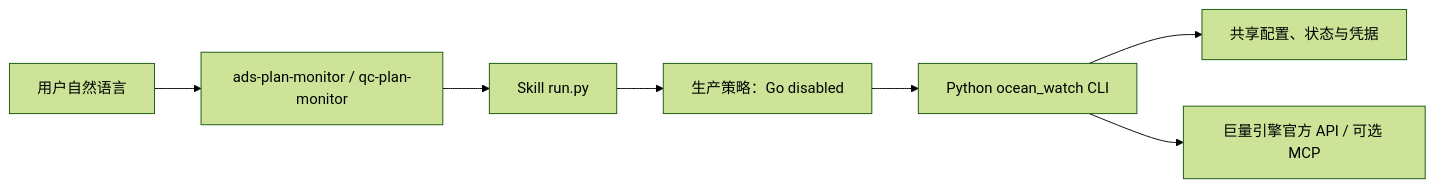
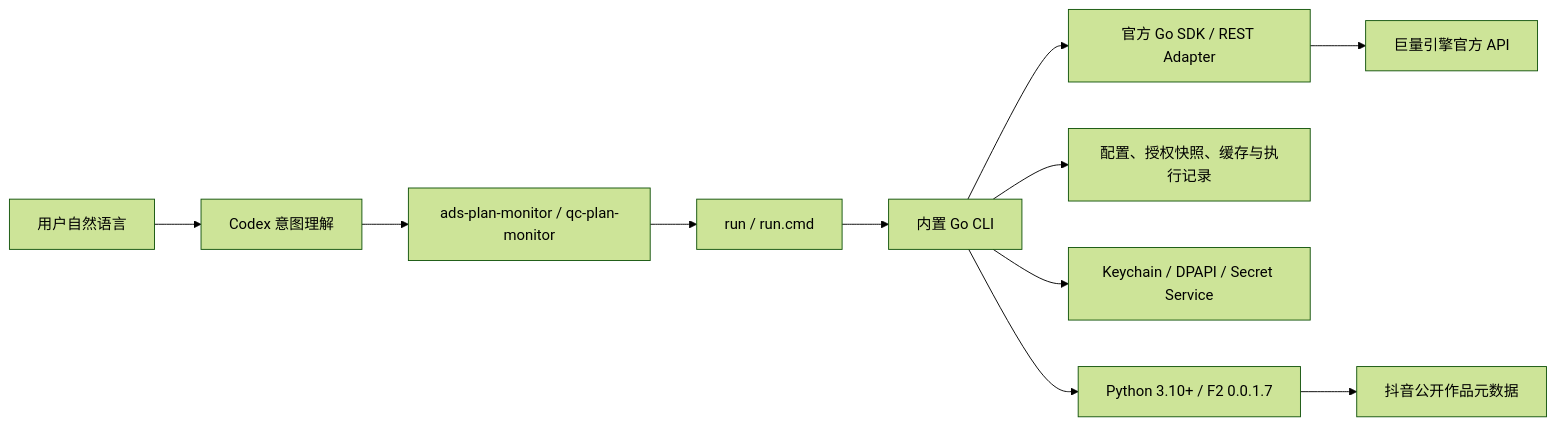
One commit to westng/ocean-watch changed the diagram in docs/architecture.md. Above: the diagram before and after it, drawn with Mermaid (forest theme). The commit also changed other lines of this file and 750 other files, not shown here.

````diff
--- a/docs/architecture.md
+++ b/docs/architecture.md
@@ -36,9 +5,13 @@
 ```mermaid
 flowchart LR
-    User["用户自然语言"] --> Skill["ads-plan-monitor / qc-plan-monitor"]
-    Skill --> RunPy["Skill run.py"]
-    RunPy --> Policy["生产策略：Go disabled"]
-    Policy --> Python["Python ocean_watch CLI"]
-    Python --> State["共享配置、状态与凭据"]
-    Python --> Official["巨量引擎官方 API / 可选 MCP"]
+    User["用户自然语言"] --> Codex["Codex 意图理解"]
+    Codex --> Skill["ads-plan-monitor / qc-plan-monitor"]
+    Skill --> Launcher["run / run.cmd"]
+    Launcher --> Go["内置 Go CLI"]
+    Go --> SDK["官方 Go SDK / REST Adapter"]
+    SDK --> API["巨量引擎官方 API"]
+    Go --> State["配置、授权快照、缓存与执行记录"]
+    Go --> Secrets["Keychain / DPAPI / Secret Service"]
+    Go --> F2["Python 3.10+ / F2 0.0.1.7"]
+    F2 --> Public["抖音公开作品元数据"]
 ```
````
